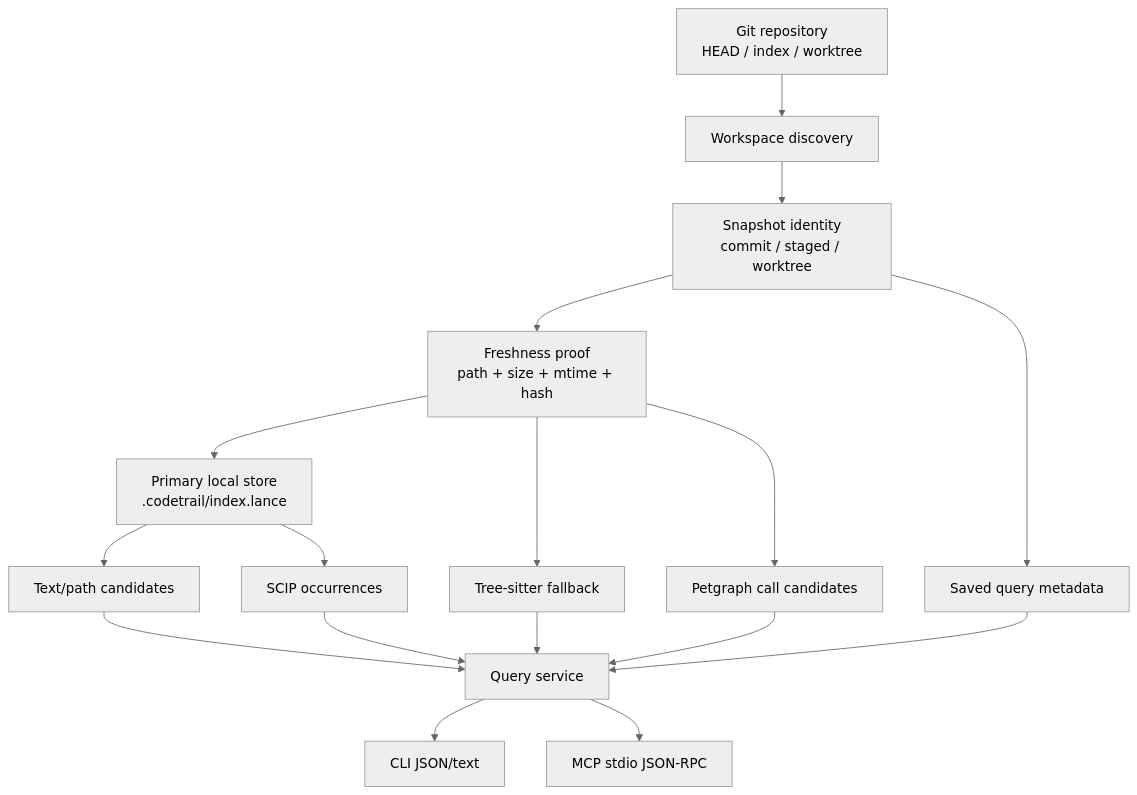
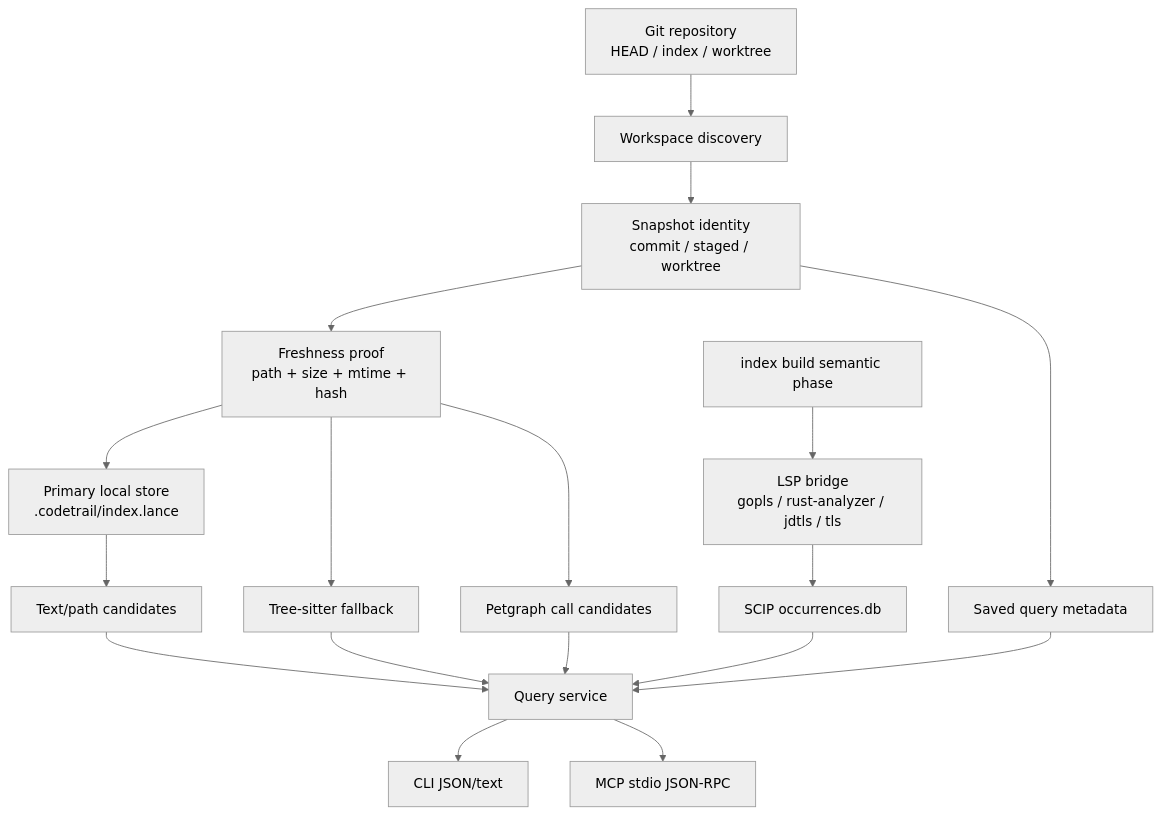
One commit to mars167/CodeTrail changed the first of 6 diagrams in docs/01-architecture.md. Above: the diagram before and after it, drawn with Mermaid (neutral theme). The commit also changed other lines of this file and 16 other files, not shown here.

First line of the commit message:
Add LSP bridge to generate SCIP during index build.

````diff
--- a/docs/01-architecture.md
+++ b/docs/01-architecture.md
@@ -7,21 +7,22 @@
 ```mermaid
 flowchart TB
   Git["Git repository\nHEAD / index / worktree"] --> WS["Workspace discovery"]
   WS --> Snap["Snapshot identity\ncommit / staged / worktree"]
   Snap --> Fresh["Freshness proof\npath + size + mtime + hash"]
 
   Fresh --> Store["Primary local store\n.codetrail/index.lance"]
   Store --> Text["Text/path candidates"]
-  Store --> Occ["SCIP occurrences"]
+  Build["index build semantic phase"] --> LSP["LSP bridge\ngopls / rust-analyzer / jdtls / tls"]
+  LSP --> Occ["SCIP occurrences.db"]
   Fresh --> Parser["Tree-sitter fallback"]
   Fresh --> G["Petgraph call candidates"]
   Snap --> Saved["Saved query metadata"]
 
   Text --> Query["Query service"]
   Occ --> Query
   Parser --> Query
   G --> Query
   Saved --> Query
   Query --> CLI["CLI JSON/text"]
   Query --> MCP["MCP stdio JSON-RPC"]
 ```
````
